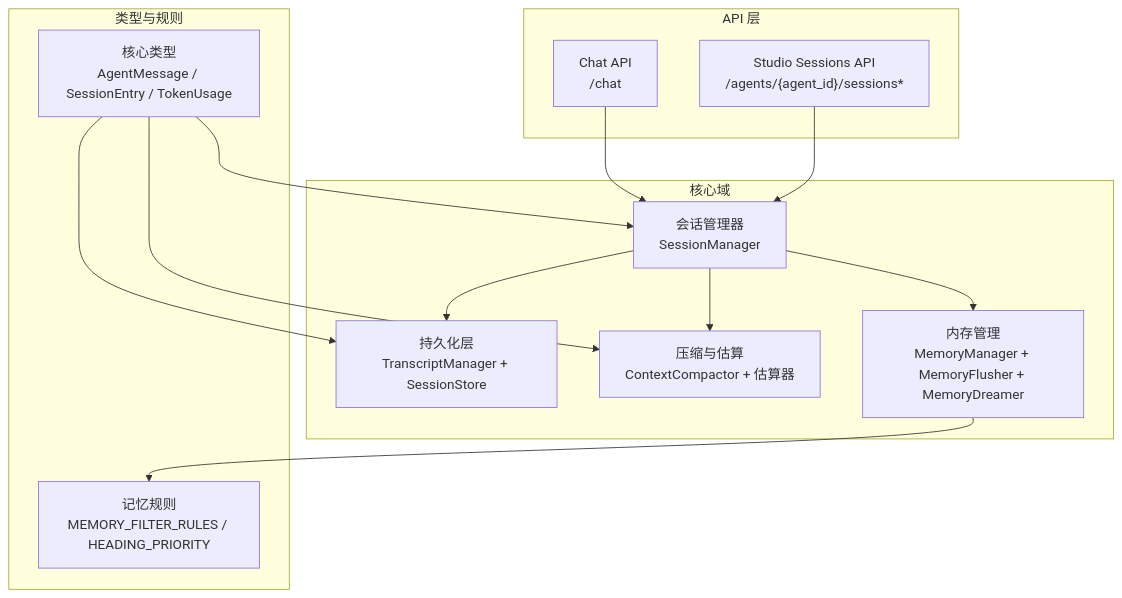
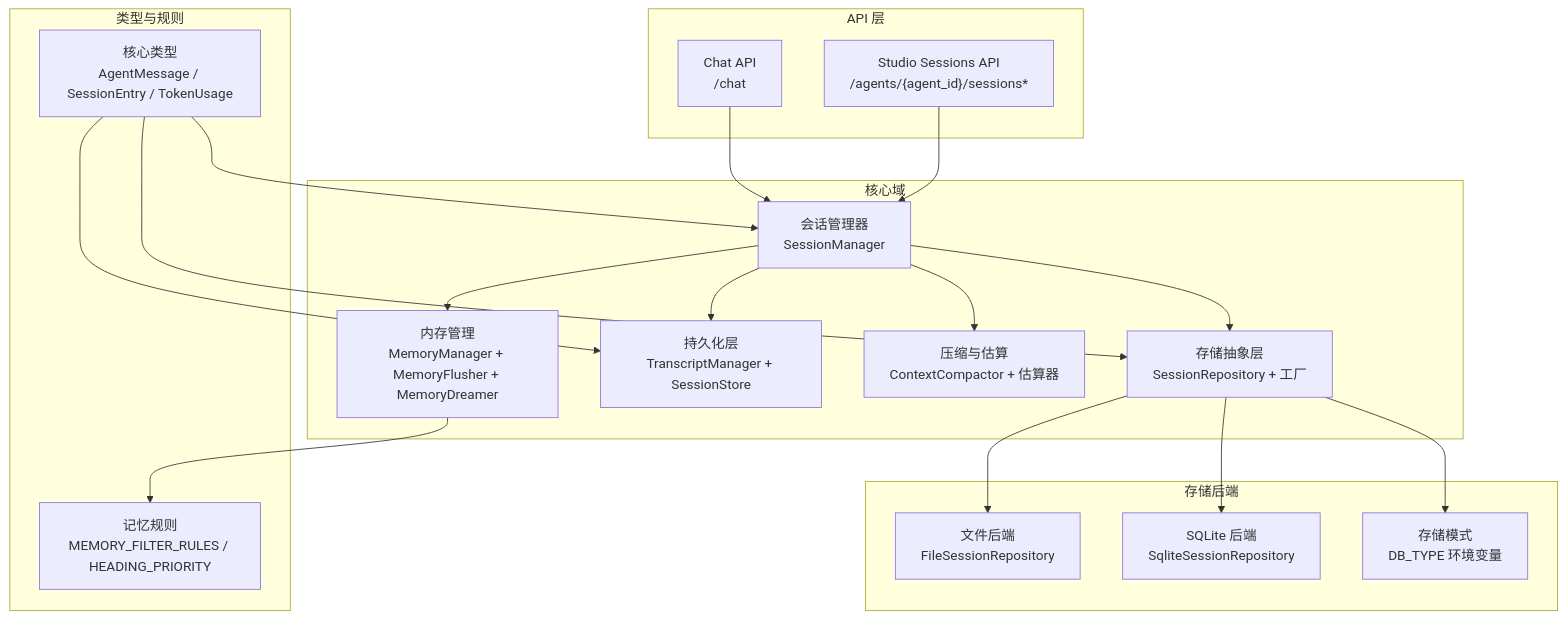
Before and after one commit to YU-JI-KUI/ark-agentic: the first of 9 diagrams in repowiki/zh/content/架构设计/会话与内存管理/会话与内存管理.md, drawn with Mermaid. The commit also changed other lines of this file and 116 other files, not shown here.

````diff
--- a/repowiki/zh/content/架构设计/会话与内存管理/会话与内存管理.md
+++ b/repowiki/zh/content/架构设计/会话与内存管理/会话与内存管理.md
@@ -46,26 +61,36 @@
 ```mermaid
 graph TB
 subgraph "API 层"
 A1["Chat API<br/>/chat"]
 A2["Studio Sessions API<br/>/agents/{agent_id}/sessions*"]
 end
 subgraph "核心域"
 C1["会话管理器<br/>SessionManager"]
-C2["持久化层<br/>TranscriptManager + SessionStore"]
-C3["压缩与估算<br/>ContextCompactor + 估算器"]
-C4["内存管理<br/>MemoryManager + MemoryFlusher + MemoryDreamer"]
+C2["存储抽象层<br/>SessionRepository + 工厂"]
+C3["持久化层<br/>TranscriptManager + SessionStore"]
+C4["压缩与估算<br/>ContextCompactor + 估算器"]
+C5["内存管理<br/>MemoryManager + MemoryFlusher + MemoryDreamer"]
+end
+subgraph "存储后端"
+B1["文件后端<br/>FileSessionRepository"]
+B2["SQLite 后端<br/>SqliteSessionRepository"]
+B3["存储模式<br/>DB_TYPE 环境变量"]
 end
 subgraph "类型与规则"
 T1["核心类型<br/>AgentMessage / SessionEntry / TokenUsage"]
 R1["记忆规则<br/>MEMORY_FILTER_RULES / HEADING_PRIORITY"]
 end
 A1 --> C1
 A2 --> C1
 C1 --> C2
+C2 --> B1
+C2 --> B2
+C2 --> B3
 C1 --> C3
 C1 --> C4
-C4 --> R1
+C1 --> C5
+C5 --> R1
 T1 --> C1
 T1 --> C2
 T1 --> C3
 ```
````
